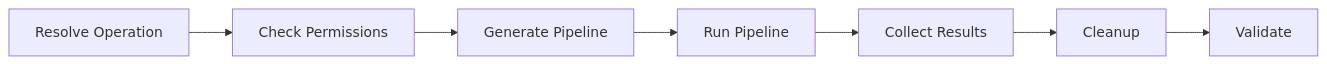
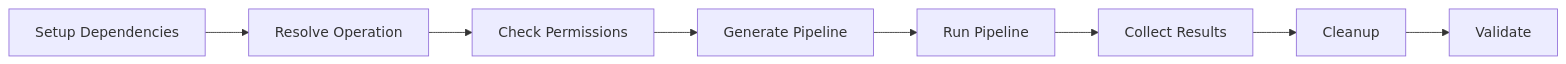
Before and after one commit to Kooraseru/Template: the first of 2 diagrams in docs/ci-linear-executor-proposal.md, drawn with Mermaid. The commit also changed other lines of this file, not shown here.

````diff
--- a/docs/ci-linear-executor-proposal.md
+++ b/docs/ci-linear-executor-proposal.md
@@ -17,4 +17,4 @@
 ```mermaid
 flowchart LR
-    R["Resolve Operation"] --> P["Check Permissions"] --> G["Generate Pipeline"] --> X["Run Pipeline"] --> C["Collect Results"] --> F["Cleanup"] --> V["Validate"]
+    S["Setup Dependencies"] --> R["Resolve Operation"] --> P["Check Permissions"] --> G["Generate Pipeline"] --> X["Run Pipeline"] --> C["Collect Results"] --> F["Cleanup"] --> V["Validate"]
 ```
````
